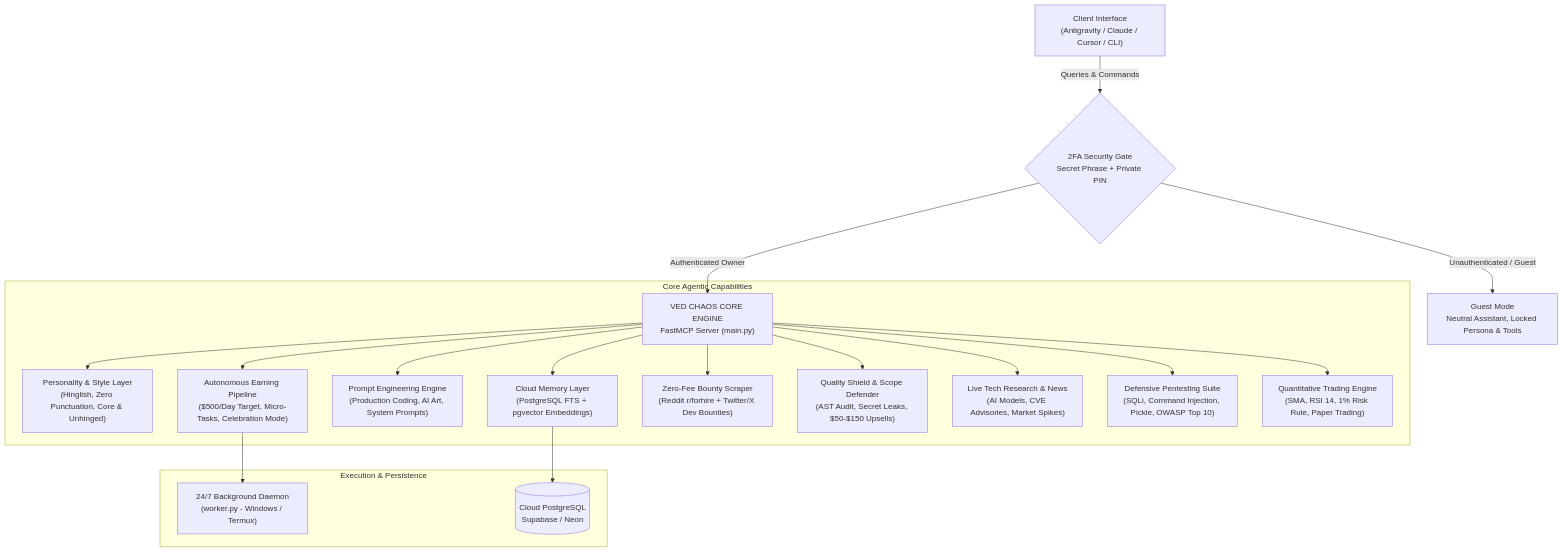
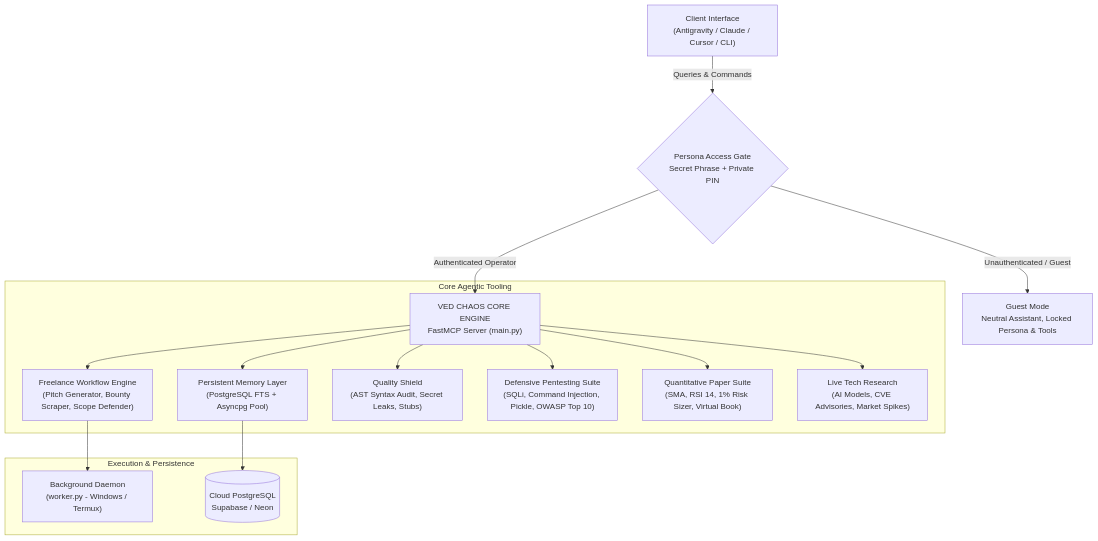
The diagram in README.md (vedchaos/ved-chaos-ai), drawn with Mermaid before and after one commit. The commit also changed other lines of this file, not shown here.

Commit message:
docs: ground claims, hero memory layer, reframe persona gate, add trading and compliance disclaimers

````diff
--- a/README.md
+++ b/README.md
@@ -43,27 +43,24 @@
 ```mermaid
 graph TD
     User["Client Interface<br/>(Antigravity / Claude / Cursor / CLI)"]
-    Gate{"2FA Security Gate<br/>Secret Phrase + Private PIN"}
+    Gate{"Persona Access Gate<br/>Secret Phrase + Private PIN"}
     
     User -->|Queries & Commands| Gate
     
     Gate -->|Unauthenticated / Guest| GuestMode["Guest Mode<br/>Neutral Assistant, Locked Persona & Tools"]
-    Gate -->|Authenticated Owner| CoreEngine["VED CHAOS CORE ENGINE<br/>FastMCP Server (main.py)"]
+    Gate -->|Authenticated Operator| CoreEngine["VED CHAOS CORE ENGINE<br/>FastMCP Server (main.py)"]
     
-    subgraph "Core Agentic Capabilities"
-        CoreEngine --> Persona["Personality & Style Layer<br/>(Hinglish, Zero Punctuation, Core & Unhinged)"]
-        CoreEngine --> Memory["Cloud Memory Layer<br/>(PostgreSQL FTS + pgvector Embeddings)"]
-        CoreEngine --> Prompts["Prompt Engineering Engine<br/>(Production Coding, AI Art, System Prompts)"]
-        CoreEngine --> Freelance["Autonomous Earning Pipeline<br/>($500/Day Target, Micro-Tasks, Celebration Mode)"]
-        CoreEngine --> Bounties["Zero-Fee Bounty Scraper<br/>(Reddit r/forhire + Twitter/X Dev Bounties)"]
-        CoreEngine --> Quality["Quality Shield & Scope Defender<br/>(AST Audit, Secret Leaks, $50-$150 Upsells)"]
-        CoreEngine --> Intel["Live Tech Research & News<br/>(AI Models, CVE Advisories, Market Spikes)"]
+    subgraph "Core Agentic Tooling"
+        CoreEngine --> Memory["Persistent Memory Layer<br/>(PostgreSQL FTS + Asyncpg Pool)"]
+        CoreEngine --> Freelance["Freelance Workflow Engine<br/>(Pitch Generator, Bounty Scraper, Scope Defender)"]
+        CoreEngine --> Quality["Quality Shield<br/>(AST Syntax Audit, Secret Leaks, Stubs)"]
         CoreEngine --> Security["Defensive Pentesting Suite<br/>(SQLi, Command Injection, Pickle, OWASP Top 10)"]
-        CoreEngine --> Trading["Quantitative Trading Engine<br/>(SMA, RSI 14, 1% Risk Rule, Paper Trading)"]
+        CoreEngine --> Trading["Quantitative Paper Suite<br/>(SMA, RSI 14, 1% Risk Sizer, Virtual Book)"]
+        CoreEngine --> Intel["Live Tech Research<br/>(AI Models, CVE Advisories, Market Spikes)"]
     end
 
     subgraph "Execution & Persistence"
-        Freelance --> Worker["24/7 Background Daemon<br/>(worker.py - Windows / Termux)"]
+        Freelance --> Worker["Background Daemon<br/>(worker.py - Windows / Termux)"]
         Memory --> CloudDB[(Cloud PostgreSQL<br/>Supabase / Neon)]
     end
 ```
````
